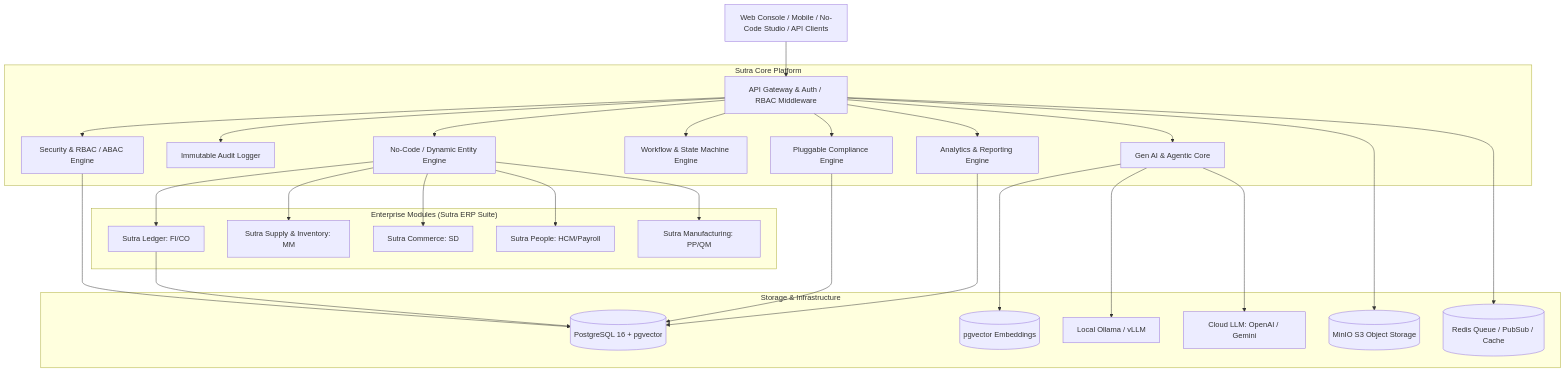
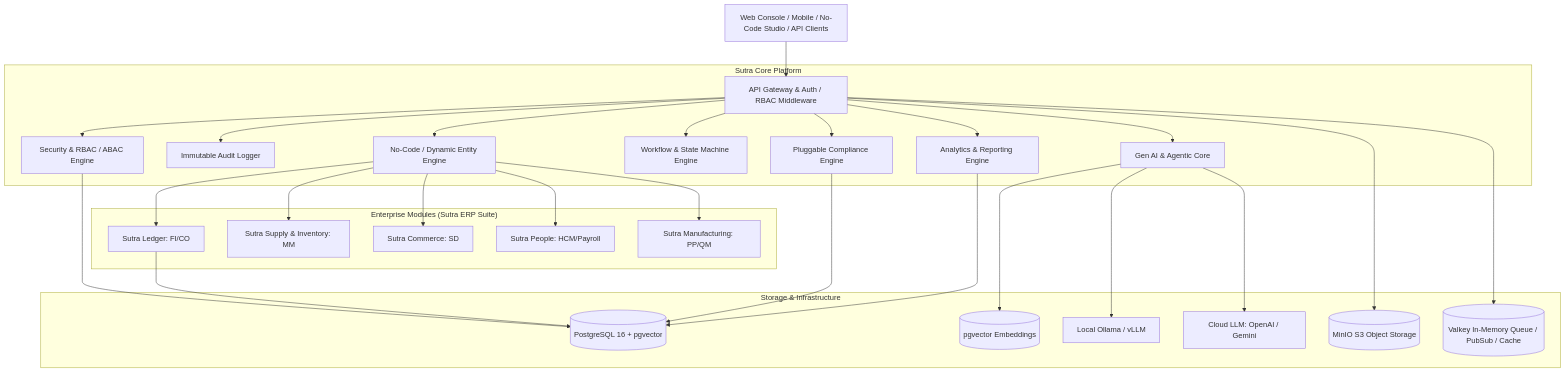
One commit to tovganesh/sutra changed the diagram in docs/ARCHITECTURE.md. Above: the diagram before and after it, drawn with Mermaid. The commit also changed 24 other files, not shown here.

Commit message:
feat(ui,infra): replace Redis with Valkey and upgrade web console to Vue 3 enterprise SPA

````diff
--- a/docs/ARCHITECTURE.md
+++ b/docs/ARCHITECTURE.md
@@ -24,35 +24,35 @@
 ```mermaid
 graph TD
     Client[Web Console / Mobile / No-Code Studio / API Clients] --> Gateway[API Gateway & Auth / RBAC Middleware]
     
     subgraph "Sutra Core Platform"
         Gateway --> Security[Security & RBAC / ABAC Engine]
         Gateway --> Audit[Immutable Audit Logger]
         Gateway --> NoCode[No-Code / Dynamic Entity Engine]
         Gateway --> Workflow[Workflow & State Machine Engine]
         Gateway --> Compliance[Pluggable Compliance Engine]
         Gateway --> Analytics[Analytics & Reporting Engine]
         Gateway --> GenAI[Gen AI & Agentic Core]
     end
 
     subgraph "Enterprise Modules (Sutra ERP Suite)"
         NoCode --> Finance[Sutra Ledger: FI/CO]
         NoCode --> Supply[Sutra Supply & Inventory: MM]
         NoCode --> Sales[Sutra Commerce: SD]
         NoCode --> HR[Sutra People: HCM/Payroll]
         NoCode --> Mfg[Sutra Manufacturing: PP/QM]
     end
 
     subgraph "Storage & Infrastructure"
         Security --> Postgres[(PostgreSQL 16 + pgvector)]
         Finance --> Postgres
         Compliance --> Postgres
         Analytics --> Postgres
         GenAI --> VectorStore[(pgvector Embeddings)]
         
         Gateway --> MinIO[(MinIO S3 Object Storage)]
-        Gateway --> Redis[(Redis Queue / PubSub / Cache)]
+        Gateway --> Valkey[(Valkey In-Memory Queue / PubSub / Cache)]
         GenAI --> LocalLLM[Local Ollama / vLLM]
         GenAI --> CloudLLM[Cloud LLM: OpenAI / Gemini]
     end
 ```
````
